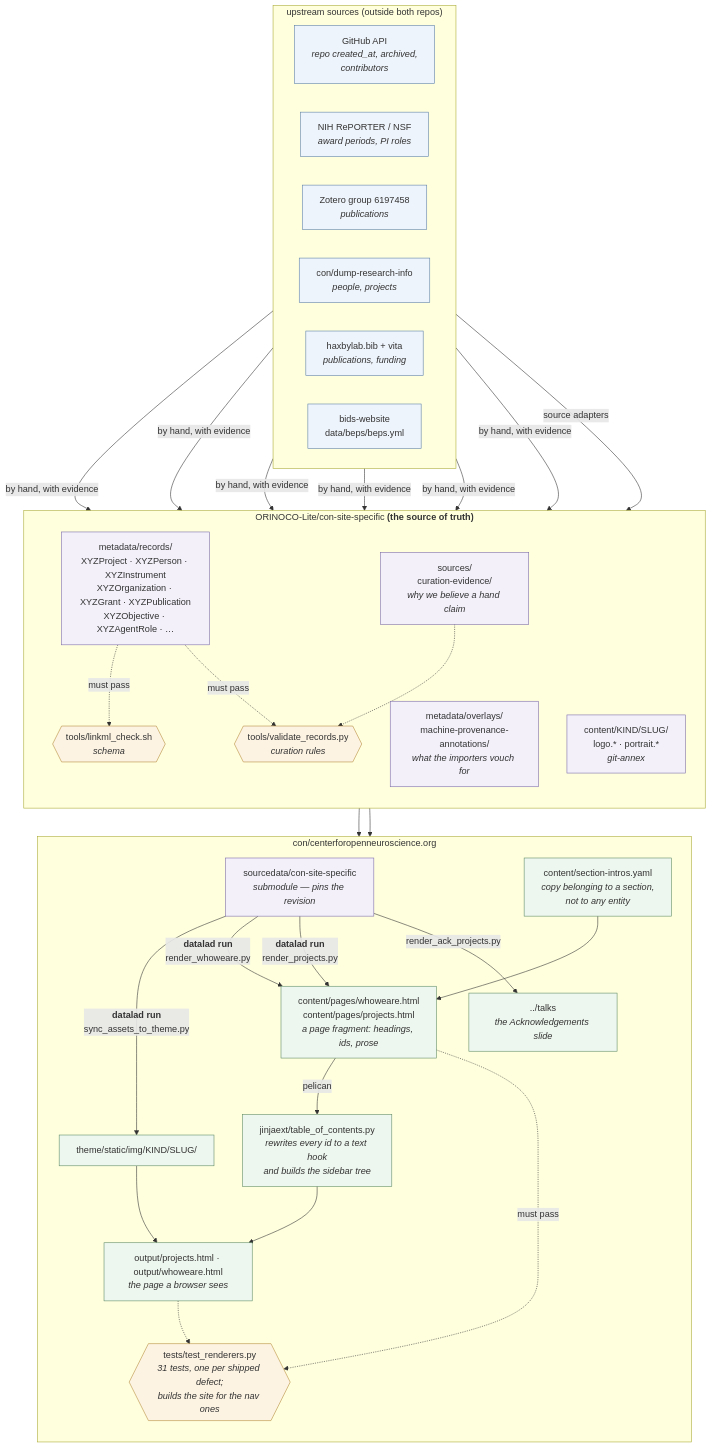
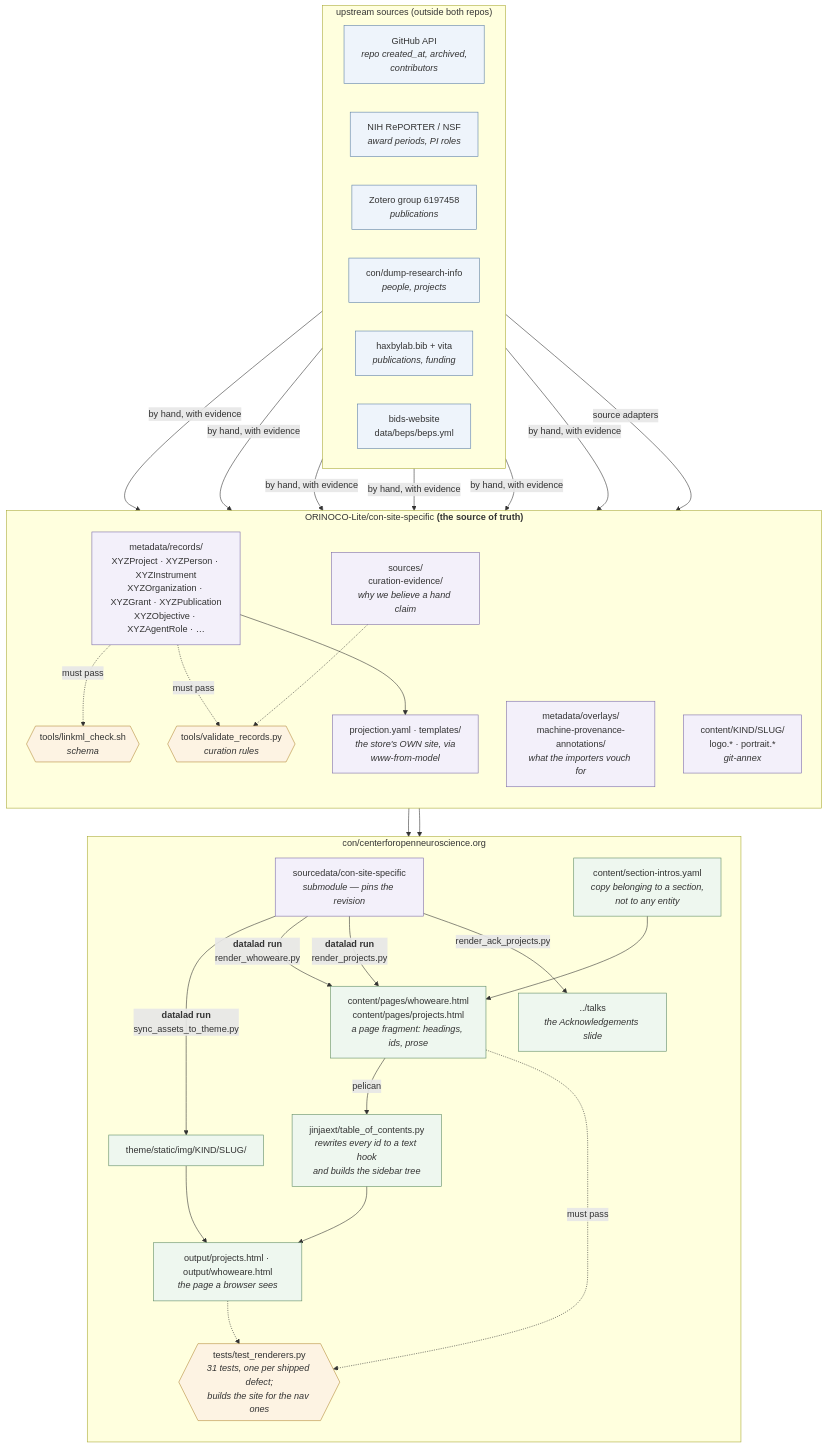
The diagram in .specify/specs/metadata-flow.md (con/centerforopenneuroscience.org), drawn with Mermaid before and after one commit. The commit also changed other lines of this file, not shown here.

First line of the commit message:
metadata-flow: the records drive a third site, and it is not this one

````diff
--- a/.specify/specs/metadata-flow.md
+++ b/.specify/specs/metadata-flow.md
@@ -8,65 +8,67 @@
 ```mermaid
 flowchart TB
   subgraph upstream["upstream sources (outside both repos)"]
     direction LR
     GH["GitHub API<br/><i>repo created_at, archived,<br/>contributors</i>"]
     NIH["NIH RePORTER / NSF<br/><i>award periods, PI roles</i>"]
     ZOT["Zotero group 6197458<br/><i>publications</i>"]
     DRI["con/dump-research-info<br/><i>people, projects</i>"]
     BIB["haxbylab.bib + vita<br/><i>publications, funding</i>"]
     BEP["bids-website<br/>data/beps/beps.yml"]
   end
 
   subgraph store["ORINOCO-Lite/con-site-specific <b>(the source of truth)</b>"]
     %% Layout as of the 2026-10-13 merge of main: the curation evidence moved
     %% from metadata/overlays/ to sources/, and the rules from
     %% metadata/CURATION.md to docs/metadata-curation.md.
     direction TB
     REC["metadata/records/<br/>XYZProject · XYZPerson · XYZInstrument<br/>XYZOrganization · XYZGrant · XYZPublication<br/>XYZObjective · XYZAgentRole · …"]
     OVM["metadata/overlays/<br/>machine-provenance-annotations/<br/><i>what the importers vouch for</i>"]
     OVC["sources/<br/>curation-evidence/<br/><i>why we believe a hand claim</i>"]
     AST["content/KIND/SLUG/<br/>logo.* · portrait.*<br/><i>git-annex</i>"]
+    PROJ["projection.yaml · templates/<br/><i>the store's OWN site, via<br/>www-from-model</i>"]
     GATE1{{"tools/linkml_check.sh<br/><i>schema</i>"}}
     GATE2{{"tools/validate_records.py<br/><i>curation rules</i>"}}
   end
 
   subgraph site["con/centerforopenneuroscience.org"]
     direction TB
     SUB["sourcedata/con-site-specific<br/><i>submodule — pins the revision</i>"]
     INTRO["content/section-intros.yaml<br/><i>copy belonging to a section,<br/>not to any entity</i>"]
     THEME["theme/static/img/KIND/SLUG/"]
     PAGES["content/pages/whoweare.html<br/>content/pages/projects.html<br/><i>a page fragment: headings, ids, prose</i>"]
     TOC["jinjaext/table_of_contents.py<br/><i>rewrites every id to a text hook<br/>and builds the sidebar tree</i>"]
     OUT["output/projects.html · output/whoweare.html<br/><i>the page a browser sees</i>"]
     DECK["../talks<br/><i>the Acknowledgements slide</i>"]
     GATE3{{"tests/test_renderers.py<br/><i>31 tests, one per shipped defect;<br/>builds the site for the nav ones</i>"}}
   end
 
   GH & NIH & ZOT & DRI & BIB & BEP -->|"by hand, with evidence"| REC
   DRI -->|"source adapters"| OVM
   REC -.->|"must pass"| GATE1
   REC -.->|"must pass"| GATE2
   OVC -.-> GATE2
+  REC --> PROJ
   REC --> SUB
   AST --> SUB
 
   SUB -->|"<b>datalad run</b><br/>sync_assets_to_theme.py"| THEME
   SUB -->|"<b>datalad run</b><br/>render_whoweare.py"| PAGES
   SUB -->|"<b>datalad run</b><br/>render_projects.py"| PAGES
   SUB -->|"render_ack_projects.py"| DECK
   INTRO --> PAGES
   THEME --> OUT
   PAGES -->|"pelican"| TOC
   TOC --> OUT
   PAGES -.->|"must pass"| GATE3
   OUT -.-> GATE3
 
   classDef src fill:#eef4fb,stroke:#5b7fa6
   classDef rec fill:#f3f0fa,stroke:#7a6aa8
   classDef gen fill:#eef7ef,stroke:#5d8a63
   classDef gate fill:#fdf3e3,stroke:#b58b3a
   class GH,NIH,ZOT,DRI,BIB,BEP src
-  class REC,OVM,OVC,AST,SUB rec
+  class REC,OVM,OVC,AST,SUB,PROJ rec
   class THEME,PAGES,OUT,INTRO,TOC,DECK gen
   class GATE1,GATE2,GATE3 gate
 ```
````
